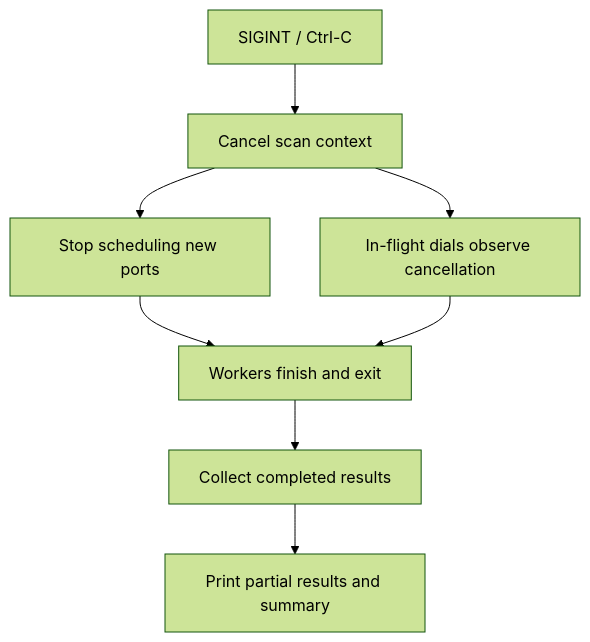
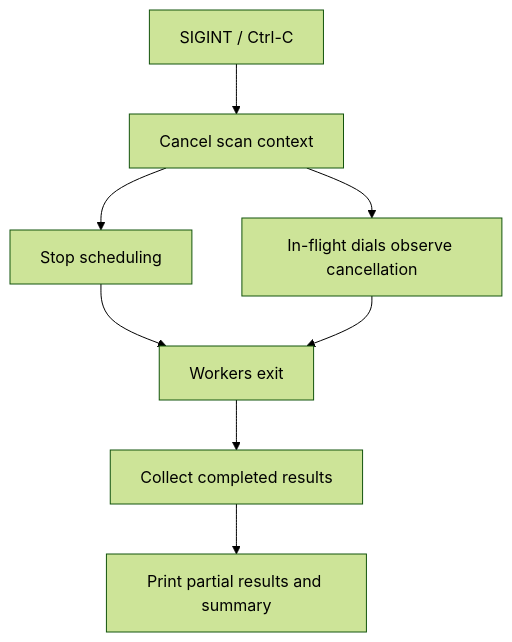
One commit to shomi-khan/red-blue-lab changed the fifth of 5 diagrams in chapters/03-whos-listening/README.md. Above: the diagram before and after it, drawn with Mermaid (forest theme). The commit also changed other lines of this file, not shown here.

````diff
--- a/chapters/03-whos-listening/README.md
+++ b/chapters/03-whos-listening/README.md
@@ -573,10 +278,10 @@
 ```mermaid
 flowchart TD
     S["SIGINT / Ctrl-C"] --> C["Cancel scan context"]
-    C --> Q["Stop scheduling new ports"]
+    C --> Q["Stop scheduling"]
     C --> D["In-flight dials observe cancellation"]
-    Q --> W["Workers finish and exit"]
+    Q --> W["Workers exit"]
     D --> W
     W --> R["Collect completed results"]
     R --> O["Print partial results and summary"]
 ```
````
